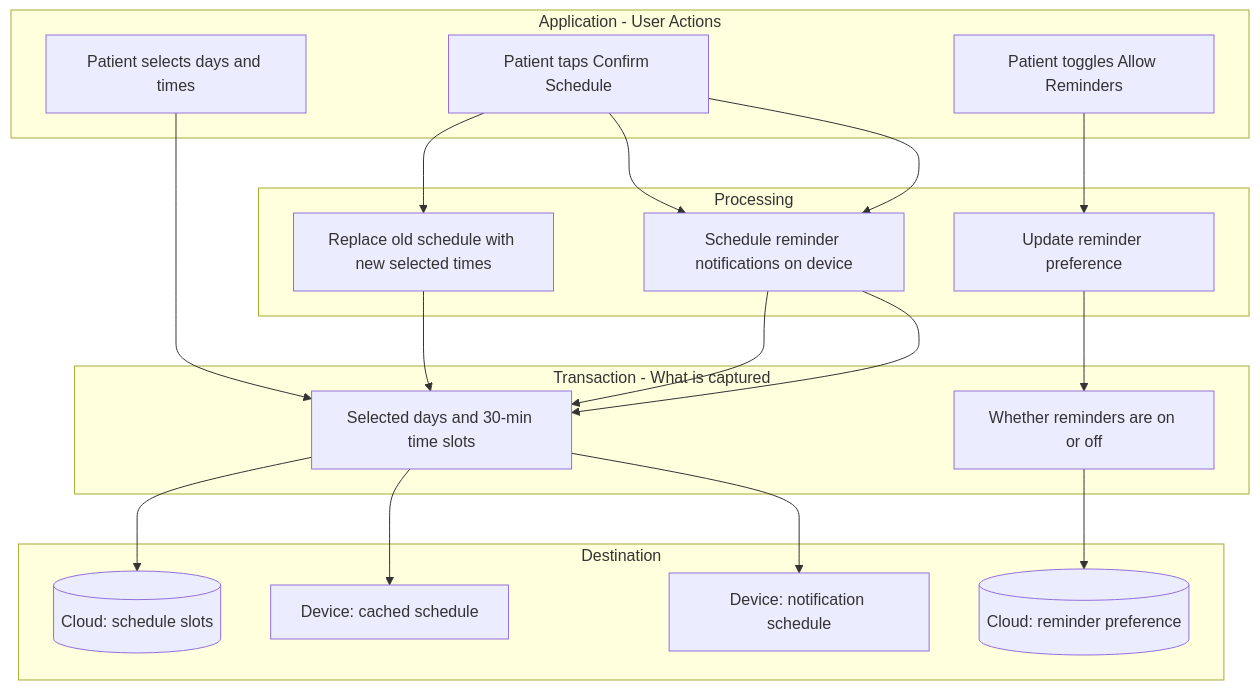
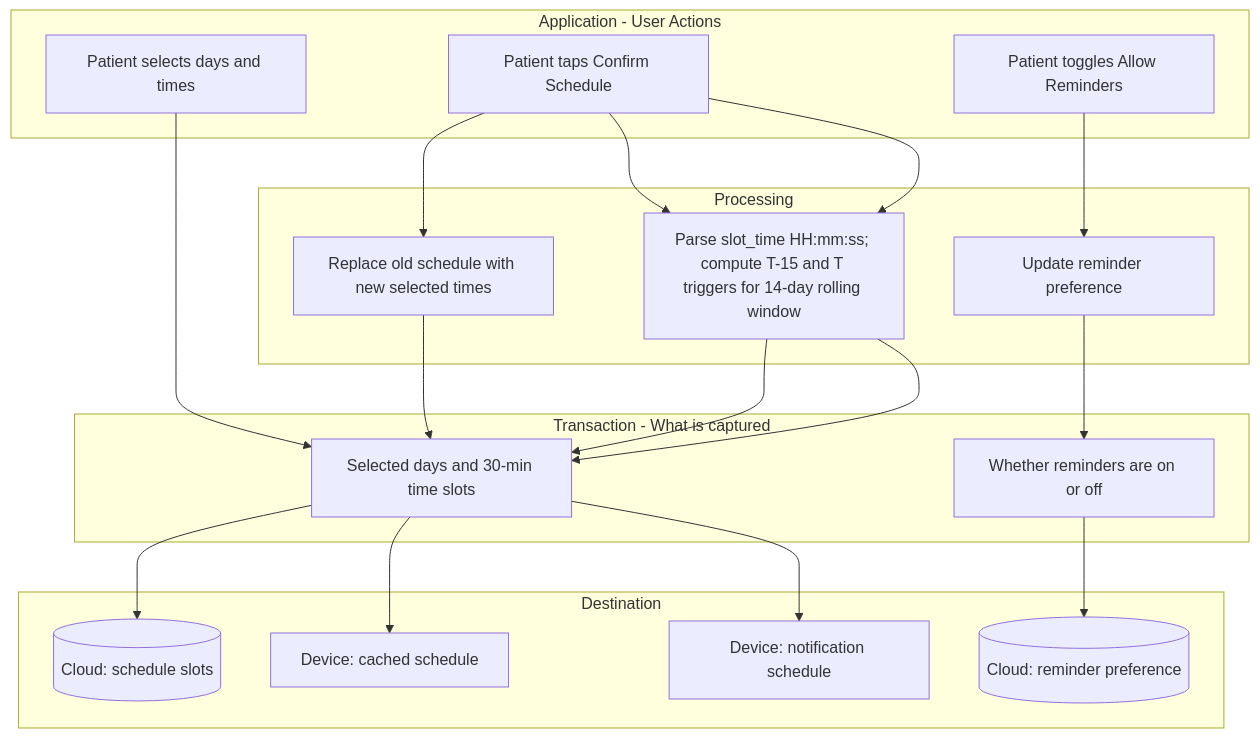
The sixth of 8 diagrams in docs/DATA_FLOW.md (seanja5/realrehab-mvp), drawn with Mermaid before and after one commit. The commit also changed other lines of this file, not shown here.

Commit message:
Update DATA_FLOW diagrams: add processing details, Bucket D and E diagrams

````diff
--- a/docs/DATA_FLOW.md
+++ b/docs/DATA_FLOW.md
@@ -320,32 +378,32 @@
 ```mermaid
 flowchart TB
     subgraph app4 [Application - User Actions]
         A4A[Patient selects days and times]
         A4B[Patient taps Confirm Schedule]
         A4C[Patient toggles Allow Reminders]
     end
 
     subgraph proc4 [Processing]
         P4A[Replace old schedule with new selected times]
         P4B[Update reminder preference]
-        P4C[Schedule reminder notifications on device]
+        P4C[Parse slot_time HH:mm:ss; compute T-15 and T triggers for 14-day rolling window]
     end
 
     subgraph tx4 [Transaction - What is captured]
         T4A[Selected days and 30-min time slots]
         T4B[Whether reminders are on or off]
     end
 
     subgraph dest4 [Destination]
         D4A[(Cloud: schedule slots)]
         D4B[(Cloud: reminder preference)]
         D4C[Device: cached schedule]
         D4D[Device: notification schedule]
     end
 
     A4A --> T4A
     A4B --> P4A --> T4A --> D4A
     A4B --> P4C --> T4A --> D4C
     A4B --> P4C --> T4A --> D4D
     A4C --> P4B --> T4B --> D4B
 ```
````
